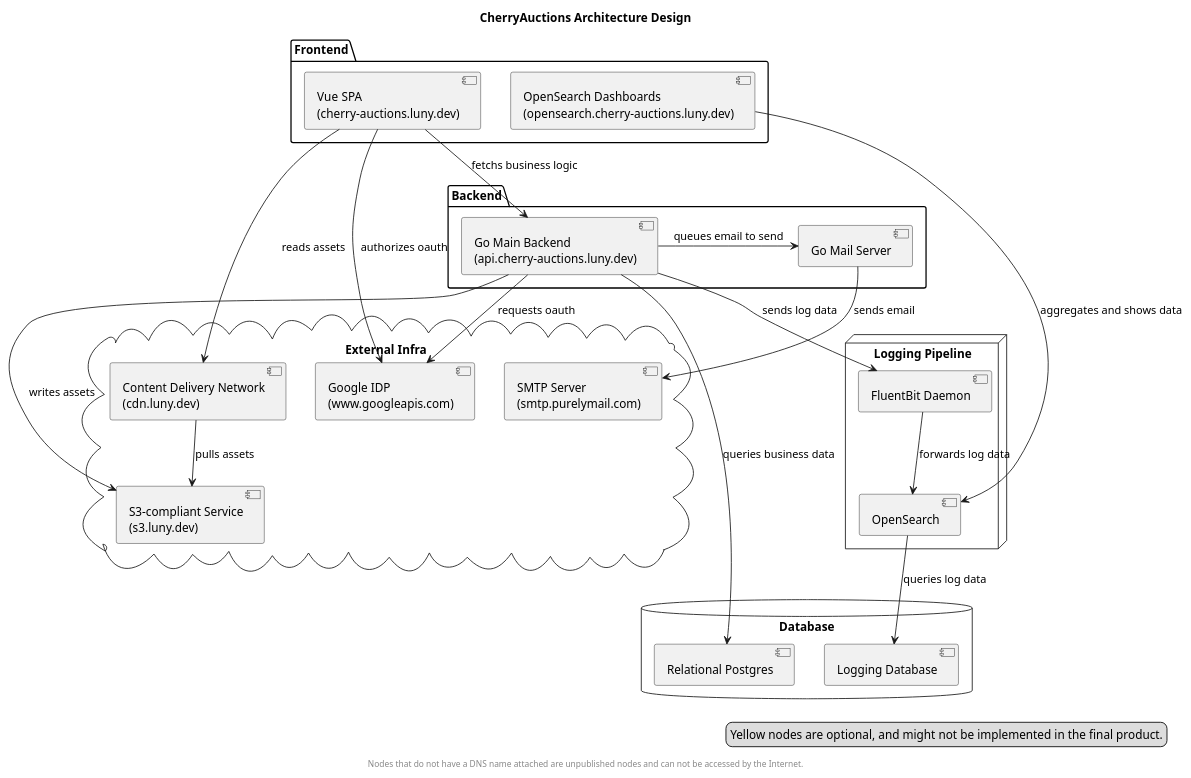
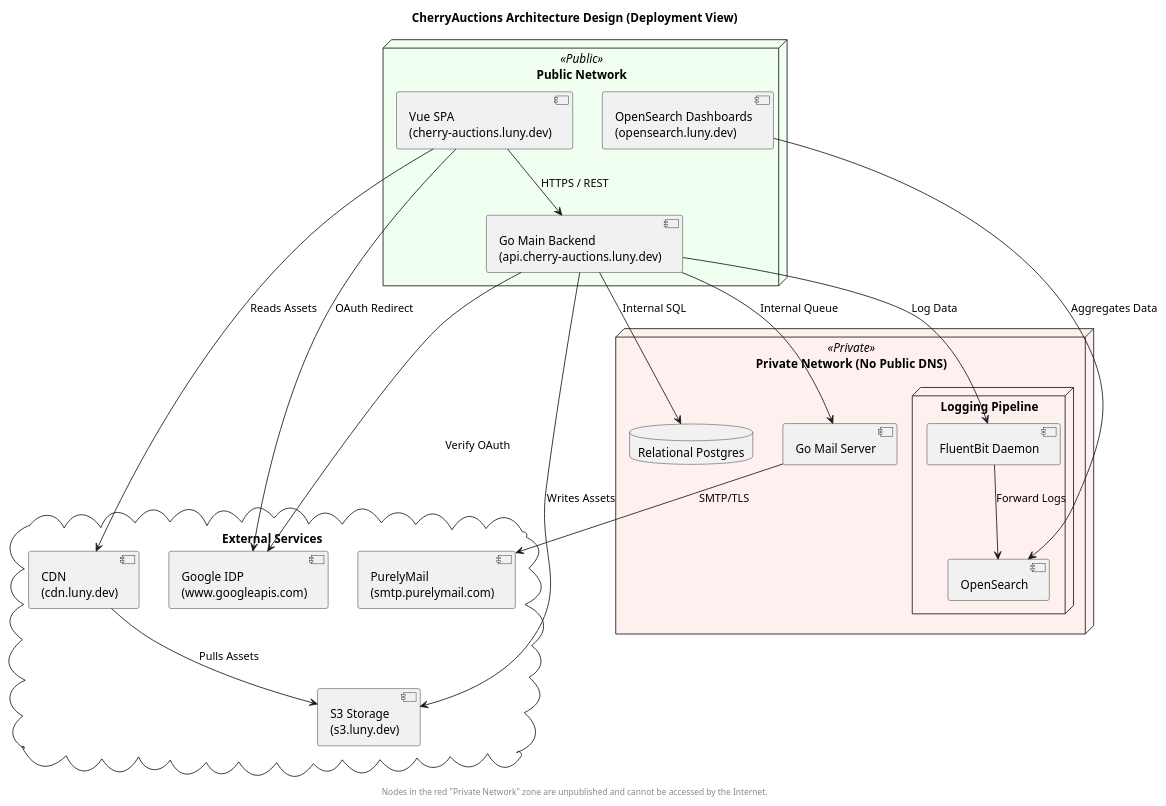
One commit to hikawi/cherry-auctions changed the diagram in docs/plantumls/_architecture_design.puml. Above: the diagram before and after it, drawn with PlantUML. The commit also changed 4 other files, not shown here.

Commit message:
docs: redraw architecture design v2.1

```diff
--- a/docs/plantumls/_architecture_design.puml
+++ b/docs/plantumls/_architecture_design.puml
@@ -1,54 +1,56 @@
 @startuml
 
-title CherryAuctions Architecture Design
+title CherryAuctions Architecture Design (Deployment View)
 
-package "Frontend" {
-  [Vue SPA\n(cherry-auctions.luny.dev)] as FE
-  [OpenSearch Dashboards\n(opensearch.cherry-auctions.luny.dev)] as OSD
+skinparam componentStyle uml2
+
+' Set colors for zones
+skinparam node {
+    BackgroundColor<<Public>> #F0FFF0
+    BackgroundColor<<Private>> #FFF0F0
 }
 
-cloud "External Infra" {
-  [SMTP Server\n(smtp.purelymail.com)] as SMTP
-  [Content Delivery Network\n(cdn.luny.dev)] as CDN
-  [S3-compliant Service\n(s3.luny.dev)] as S3
+cloud "External Services" {
   [Google IDP\n(www.googleapis.com)] as Google
+  [S3 Storage\n(s3.luny.dev)] as S3
+  [CDN\n(cdn.luny.dev)] as CDN
+  [PurelyMail\n(smtp.purelymail.com)] as SMTP
 }
 
-package "Backend" {
+node "Public Network" <<Public>> {
+  [Vue SPA\n(cherry-auctions.luny.dev)] as FE
   [Go Main Backend\n(api.cherry-auctions.luny.dev)] as BE
-  [Go Mail Server] as MailServer
+  [OpenSearch Dashboards\n(opensearch.luny.dev)] as OSD
 }
 
-node "Logging Pipeline" {
-  [FluentBit Daemon] as Fluentbit
-  [OpenSearch] as OpenSearch
+node "Private Network (No Public DNS)" <<Private>> {
+  database "Relational Postgres" as DB
+  [Go Mail Server] as MailServer
+  
+  node "Logging Pipeline" {
+    [FluentBit Daemon] as FB
+    [OpenSearch] as OS
+  }
 }
 
-database "Database" {
-  [Relational Postgres] as Postgres
-  [Logging Database] as Logging
-}
+' Connections and Protocols
+FE --> BE : HTTPS / REST
+FE --> Google : OAuth Redirect
+FE --> CDN : Reads Assets
 
-FE --> BE: fetchs business logic
-BE -left-> MailServer: queues email to send
-MailServer --> SMTP: sends email
-BE --> Postgres: queries business data
-BE --> Fluentbit: sends log data
-Fluentbit --> OpenSearch: forwards log data
-OpenSearch --> Logging: queries log data
-CDN --> S3: pulls assets
-BE --> S3: writes assets
-FE --> CDN: reads assets
-OSD --> OpenSearch: aggregates and shows data
-FE --> Google: authorizes oauth
-BE --> Google: requests oauth
+BE --> DB : Internal SQL
+BE --> Google : Verify OAuth
+BE --> S3 : Writes Assets
+BE --> MailServer : Internal Queue
+BE --> FB : Log Data
+
+CDN --> S3 : Pulls Assets
+MailServer --> SMTP : SMTP/TLS
+FB --> OS : Forward Logs
+OSD --> OS : Aggregates Data
 
 footer
-  Nodes that do not have a DNS name attached are unpublished nodes and can not be accessed by the Internet.
+  Nodes in the red "Private Network" zone are unpublished and cannot be accessed by the Internet.
 endfooter
 
-legend bottom right
-  Yellow nodes are optional, and might not be implemented in the final product.
-endlegend
-
 @enduml
```
